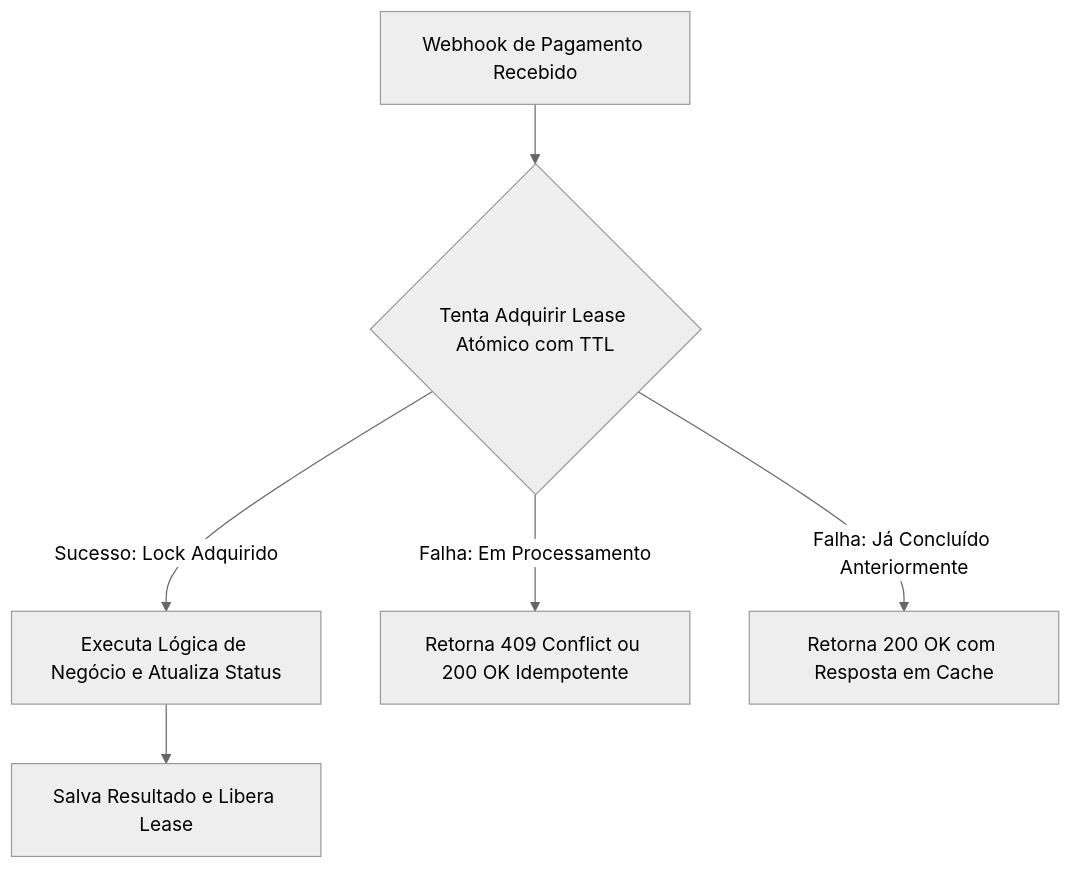
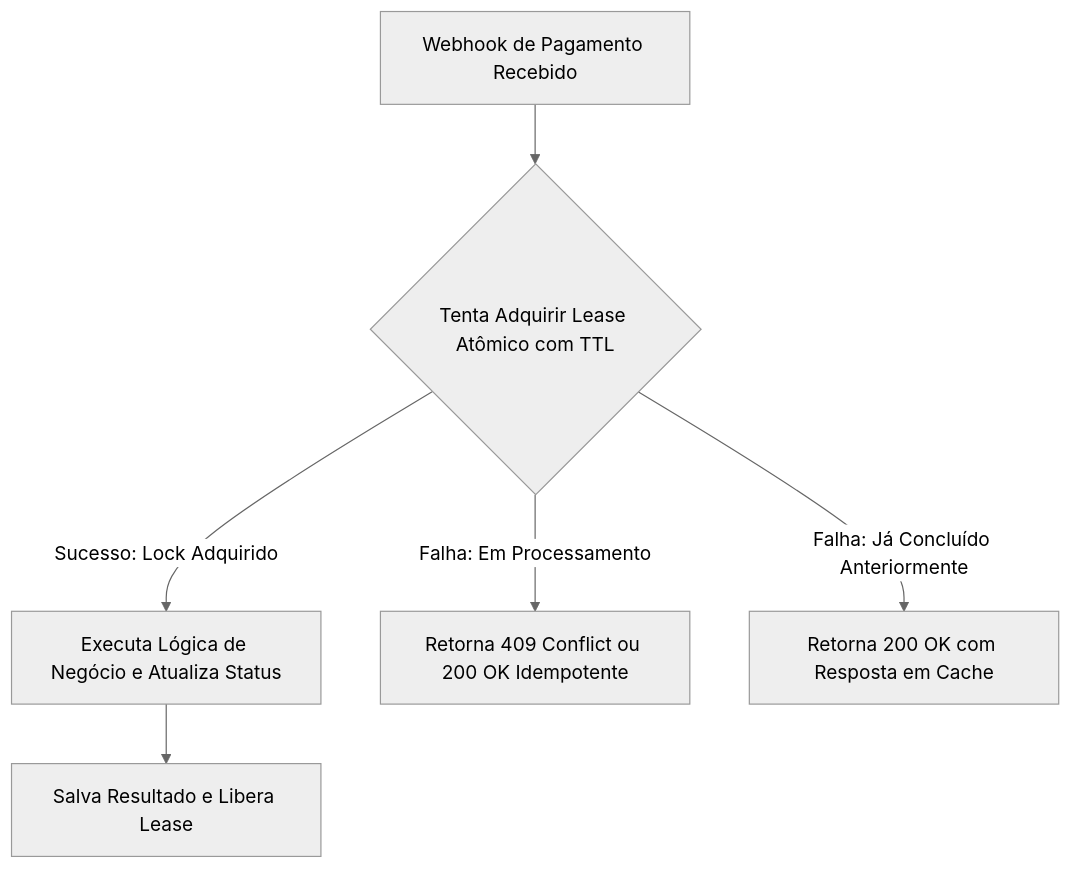
The diagram in docs/adrs/ADR-005-modelo-lease-idempotencia.md (purelifeministriesbrasil/documentation), drawn with Mermaid (neutral theme) before and after one commit. The commit also changed other lines of this file and 40 other files, not shown here.

````diff
--- a/docs/adrs/ADR-005-modelo-lease-idempotencia.md
+++ b/docs/adrs/ADR-005-modelo-lease-idempotencia.md
@@ -25,8 +25,8 @@
 ```mermaid
 flowchart TD
-    Webhook[Webhook de Pagamento Recebido] --> CheckLock{Tenta Adquirir Lease Atómico com TTL}
+    Webhook[Webhook de Pagamento Recebido] --> CheckLock{Tenta Adquirir Lease Atômico com TTL}
     CheckLock -->|Sucesso: Lock Adquirido| Process[Executa Lógica de Negócio e Atualiza Status]
     Process --> Release[Salva Resultado e Libera Lease]
     CheckLock -->|Falha: Em Processamento| Reject409[Retorna 409 Conflict ou 200 OK Idempotente]
     CheckLock -->|Falha: Já Concluído Anteriormente| ReturnCached[Retorna 200 OK com Resposta em Cache]
 ```
````
